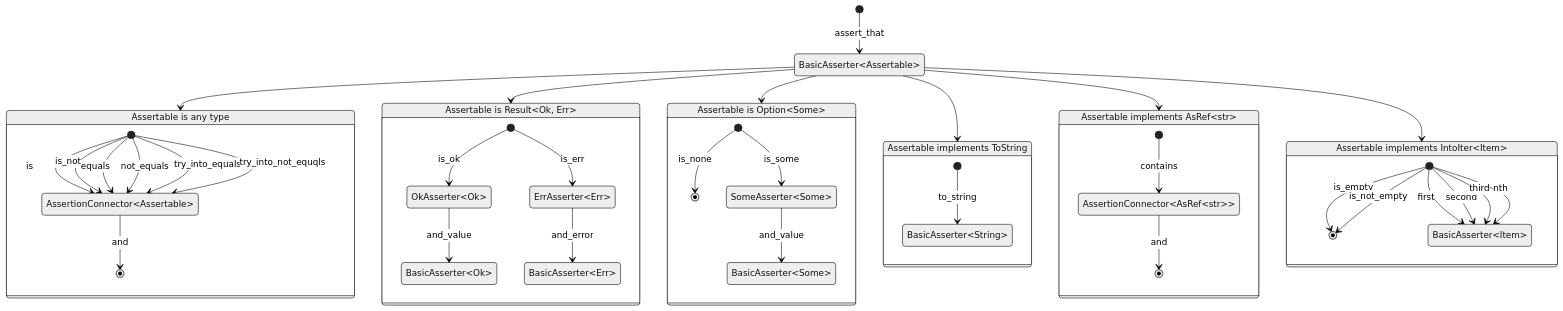
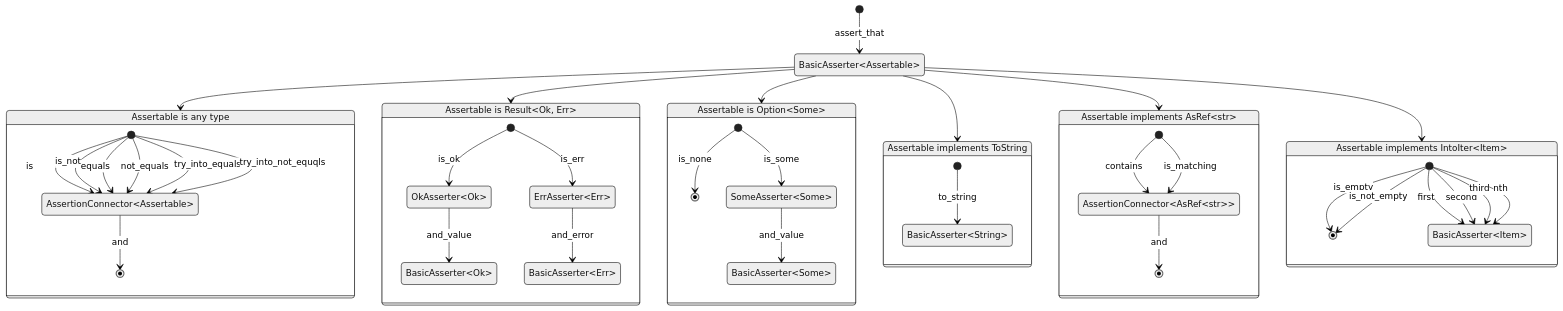
Before and after one commit to open-schnick/Smoothy: the diagram in README.md, drawn with Mermaid (neutral theme). The commit also changed 5 other files, not shown here.

````diff
--- a/README.md
+++ b/README.md
@@ -112,45 +112,46 @@
 ```mermaid
 stateDiagram-v2
     [*] --> BasicAsserter&ltAssertable&gt : assert_that
     BasicAsserter&ltAssertable&gt --> Anything
     state "Assertable is any type" as Anything {
         [*] --> AssertionConnector&ltAssertable&gt : is
         [*] --> AssertionConnector&ltAssertable&gt : is_not
         [*] --> AssertionConnector&ltAssertable&gt : equals
         [*] --> AssertionConnector&ltAssertable&gt : not_equals
         [*] --> AssertionConnector&ltAssertable&gt : try_into_equals
         [*] --> AssertionConnector&ltAssertable&gt : try_into_not_equqls
         AssertionConnector&ltAssertable&gt --> [*] : and
     }
     BasicAsserter&ltAssertable&gt --> Result
     state "Assertable is Result&ltOk, Err&gt" as Result {
         [*] --> OkAsserter&ltOk&gt : is_ok
         OkAsserter&ltOk&gt --> BasicAsserter&ltOk&gt : and_value
         [*] --> ErrAsserter&ltErr&gt : is_err
         ErrAsserter&ltErr&gt --> BasicAsserter&ltErr&gt : and_error
     }
     BasicAsserter&ltAssertable&gt --> Option
     state "Assertable is Option&ltSome&gt" as Option {
         [*] --> [*] : is_none
         [*] --> SomeAsserter&ltSome&gt : is_some
         SomeAsserter&ltSome&gt --> BasicAsserter&ltSome&gt : and_value
     }
     BasicAsserter&ltAssertable&gt --> ImplString
     state "Assertable implements ToString" as ImplString {
         [*] --> BasicAsserter&ltString&gt : to_string
     }
     BasicAsserter&ltAssertable&gt --> ImplAsRefStr
     state "Assertable implements AsRef&ltstr&gt" as ImplAsRefStr {
         [*] --> AssertionConnector&ltAsRef&ltstr&gt&gt : contains
+        [*] --> AssertionConnector&ltAsRef&ltstr&gt&gt : is_matching
         AssertionConnector&ltAsRef&ltstr&gt&gt --> [*] : and
     }
     BasicAsserter&ltAssertable&gt --> ImplIntoIter
     state "Assertable implements IntoIter&ltItem&gt" as ImplIntoIter {
         [*] --> [*] : is_empty
         [*] --> [*] : is_not_empty
         [*] --> BasicAsserter&ltItem&gt: first
         [*] --> BasicAsserter&ltItem&gt: second
         [*] --> BasicAsserter&ltItem&gt: third
         [*] --> BasicAsserter&ltItem&gt: nth
     }
 ```
````
